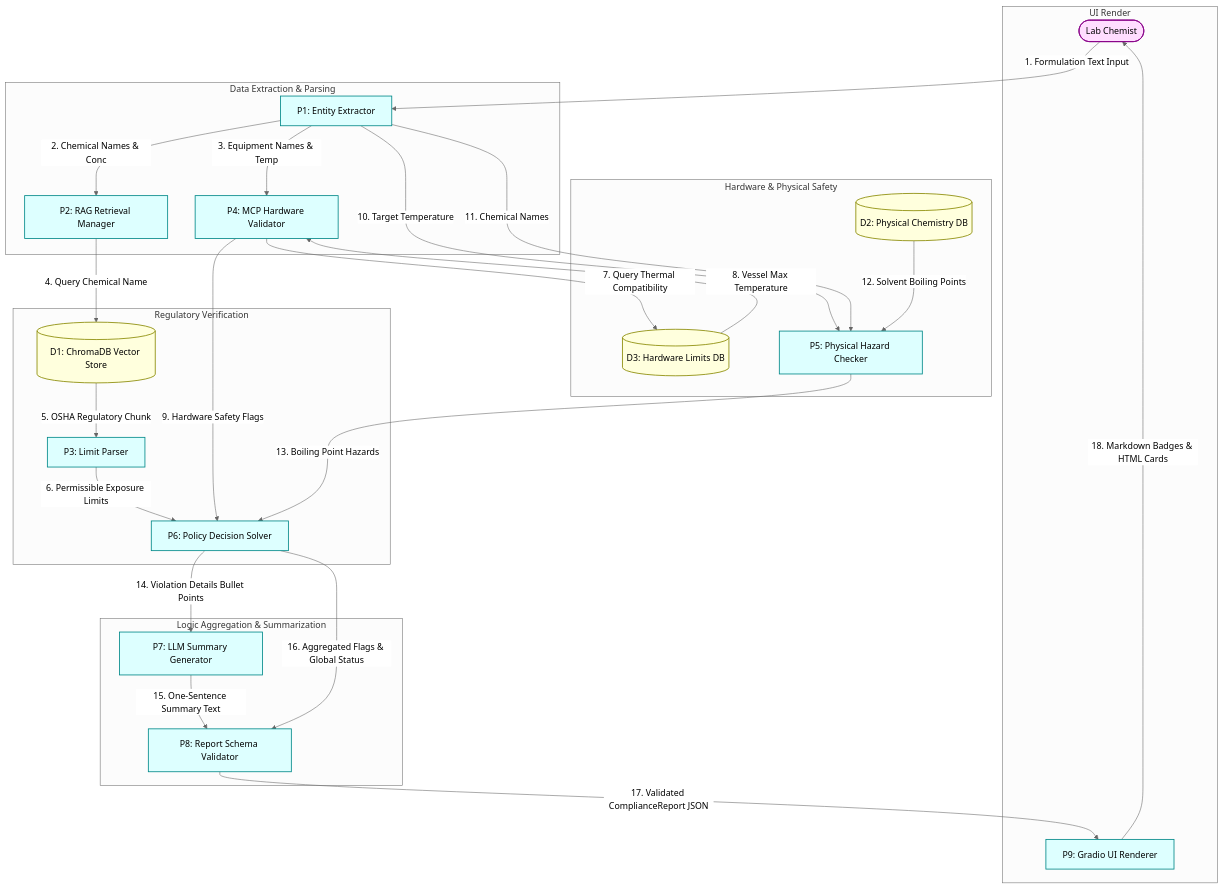
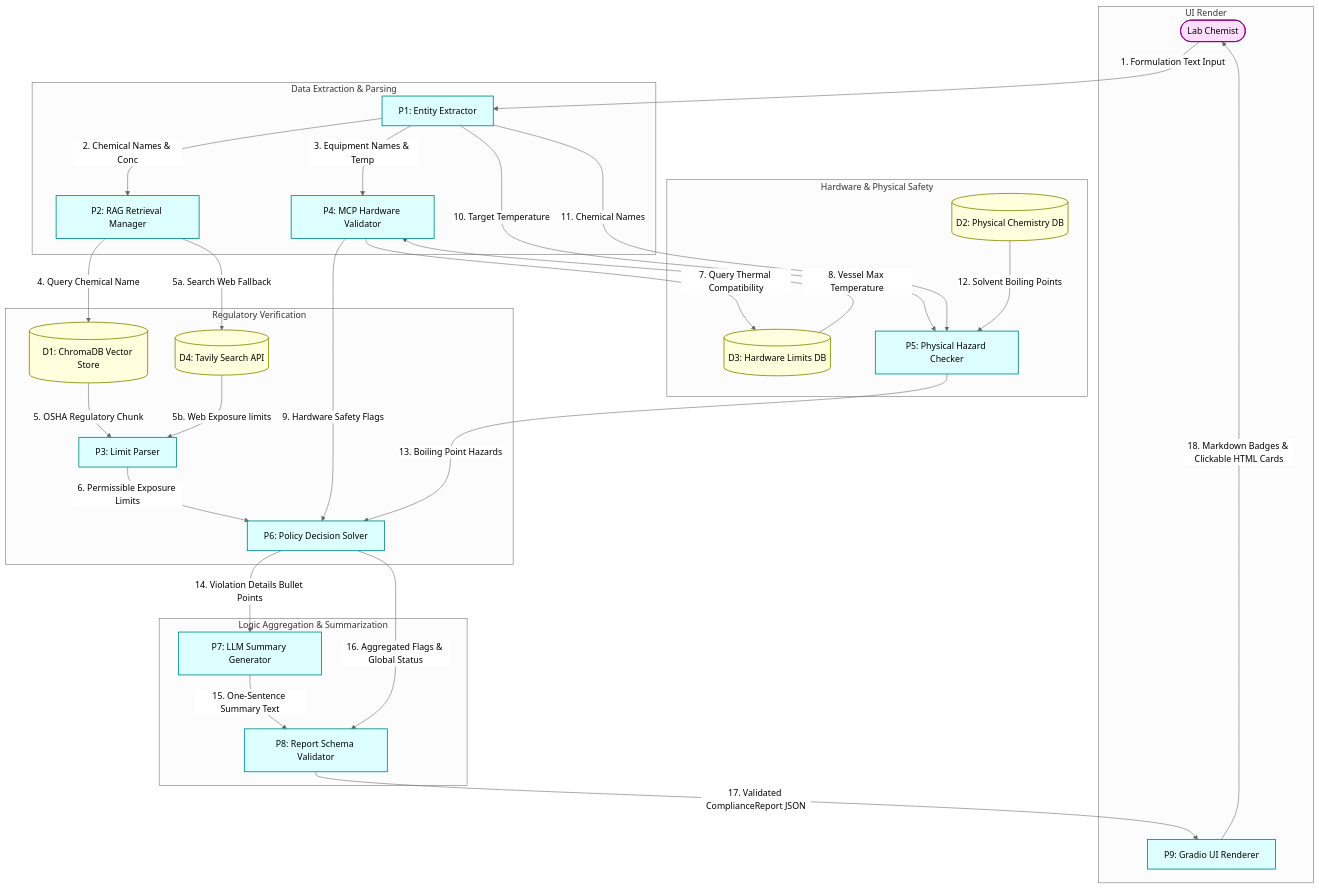
One commit to ps-anuj-kondawar/L1_Project changed the first of 2 diagrams in docs/ARCHITECTURE.md. Above: the diagram before and after it, drawn with Mermaid (neutral theme). The commit also changed other lines of this file and 15 other files, not shown here.

````diff
--- a/docs/ARCHITECTURE.md
+++ b/docs/ARCHITECTURE.md
@@ -27,48 +30,50 @@
 ```mermaid
 graph TD
     %% External Entities (Users)
     User([Lab Chemist]) -->|1. Formulation Text Input| P1[P1: Entity Extractor]
     
     %% Processes
     subgraph Data Extraction & Parsing
         P1 -->|2. Chemical Names & Conc| P2[P2: RAG Retrieval Manager]
         P1 -->|3. Equipment Names & Temp| P4[P4: MCP Hardware Validator]
     end
     
     subgraph Regulatory Verification
         P2 -->|4. Query Chemical Name| D1[(D1: ChromaDB Vector Store)]
         D1 -->|5. OSHA Regulatory Chunk| P3[P3: Limit Parser]
+        P2 -->|5a. Search Web Fallback| D4[(D4: Tavily Search API)]
+        D4 -->|5b. Web Exposure limits| P3
         P3 -->|6. Permissible Exposure Limits| P6[P6: Policy Decision Solver]
     end
     
     subgraph Hardware & Physical Safety
         P4 -->|7. Query Thermal Compatibility| D3[(D3: Hardware Limits DB)]
         D3 -->|8. Vessel Max Temperature| P4
         P4 -->|9. Hardware Safety Flags| P6
         
         P1 -->|10. Target Temperature| P5[P5: Physical Hazard Checker]
         P1 -->|11. Chemical Names| P5
         D2[(D2: Physical Chemistry DB)] -->|12. Solvent Boiling Points| P5
         P5 -->|13. Boiling Point Hazards| P6
     end
     
     subgraph Logic Aggregation & Summarization
         P6 -->|14. Violation Details Bullet Points| P7[P7: LLM Summary Generator]
         P7 -->|15. One-Sentence Summary Text| P8[P8: Report Schema Validator]
         P6 -->|16. Aggregated Flags & Global Status| P8
     end
     
     subgraph UI Render
         P8 -->|17. Validated ComplianceReport JSON| P9[P9: Gradio UI Renderer]
-        P9 -->|18. Markdown Badges & HTML Cards| User
+        P9 -->|18. Markdown Badges & Clickable HTML Cards| User
     end
     
     %% Styles
     classDef process fill:#dff,stroke:#088,stroke-width:1.5px;
     classDef store fill:#ffd,stroke:#880,stroke-width:1.5px;
     classDef entity fill:#fdf,stroke:#808,stroke-width:1.5px;
     
     class P1,P2,P3,P4,P5,P6,P7,P8,P9 process;
-    class D1,D2,D3 store;
+    class D1,D2,D3,D4 store;
     class User entity;
 ```
````
